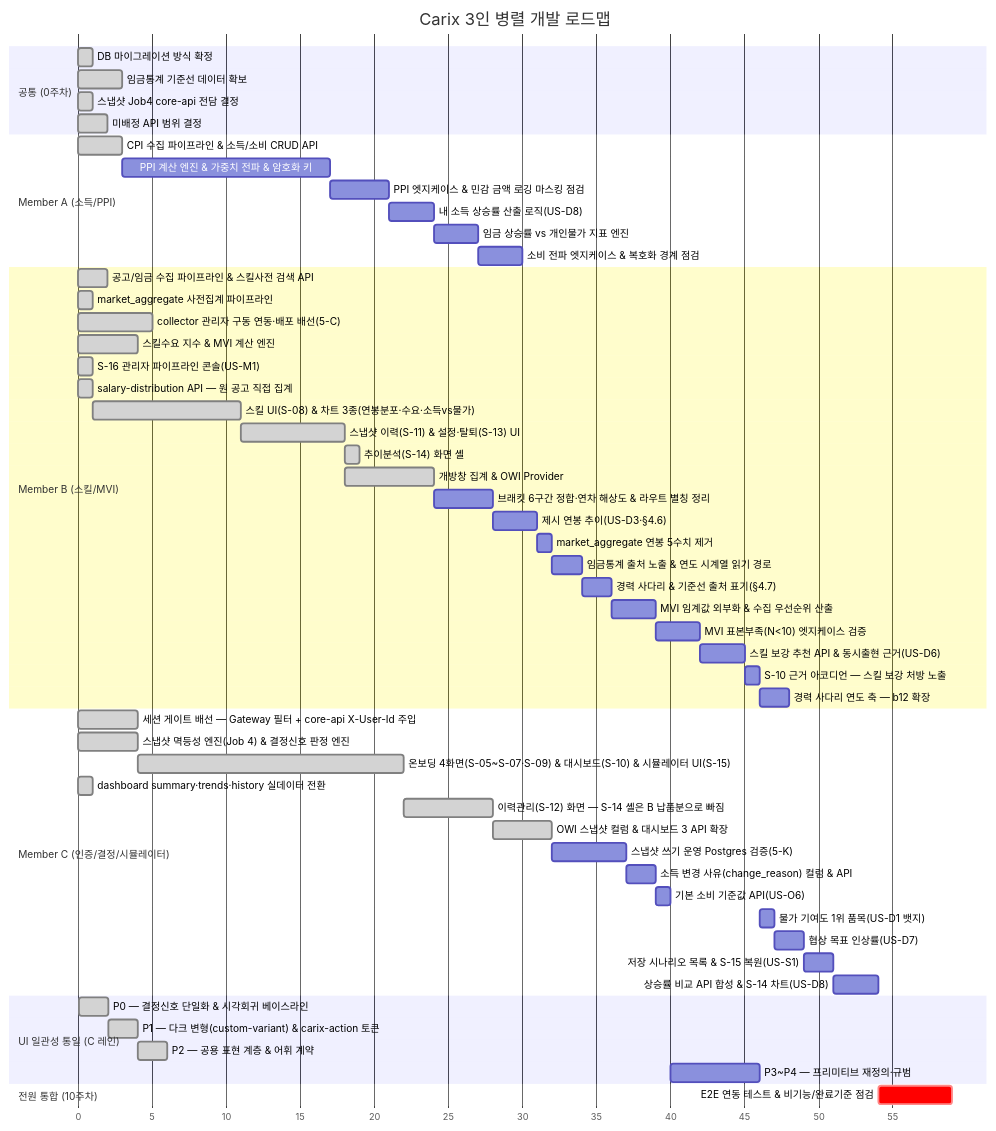
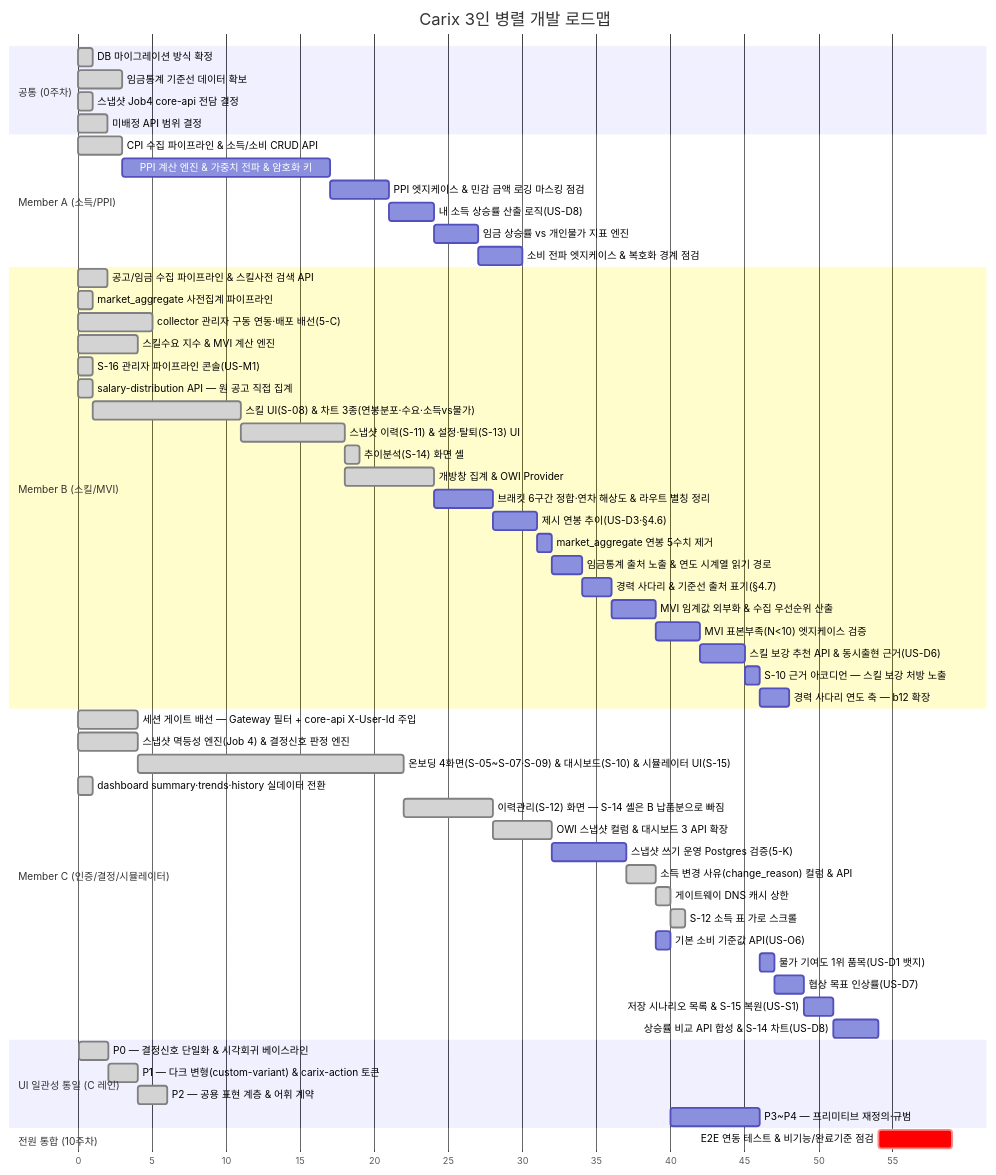
The first of 2 diagrams in docs/plans/carix-dev-plan.md (SeoHyeokGyu/Carix), drawn with Mermaid before and after one commit. The commit also changed other lines of this file, not shown here.

Commit message:
docs: C 레인에 계획에 없던 작업 둘을 넣고 c10 을 완료로 바꾼다
c10(소득 변경 사유)은 머지·배포를 마쳤다.

c7·c13 은 c10 을 운영에서 점검하다 나온 작업이다. 둘 다 계획에 없었다.

- c7 게이트웨이 DNS 캐시 상한: c10 배포가 프런트 컨테이너를 재생성하며
  게이트웨이가 옛 IP 를 물어 사이트가 약 8분간 죽었다. Docker 내장 DNS 의
  TTL 600 을 Netty 리졸버가 그대로 지키는 게 원인이다.
- c13 S-12 소득 표 가로 스크롤: c10 이 더한 다섯 번째 열이 375px·320px 에서
  글자 단위로 짜부라졌다.

번호는 비어 있던 c7·c13 을 썼다. c5 선행 관계는 손대지 않았다.

````diff
--- a/docs/plans/carix-dev-plan.md
+++ b/docs/plans/carix-dev-plan.md
@@ -89,60 +89,62 @@
 ```mermaid
 gantt
     title Carix 3인 병렬 개발 로드맵
     dateFormat X
     axisFormat %s
     section 공통 (0주차)
     DB 마이그레이션 방식 확정 :done, c0a, 0, 1s
     임금통계 기준선 데이터 확보 :done, a0, 3, 3s
     스냅샷 Job4 core-api 전담 결정 :done, i0, 7, 1s
     미배정 API 범위 결정 :done, c0, 7, 2s
     section Member A (소득/PPI)
     CPI 수집 파이프라인 & 소득/소비 CRUD API :done, a1, 12, 3s
     PPI 계산 엔진 & 가중치 전파 & 암호화 키 :a2, after a1, 14s
     PPI 엣지케이스 & 민감 금액 로깅 마스킹 점검 :a7, after a2, 4s
     내 소득 상승률 산출 로직(US-D8) :a9, after a7, 3s
     임금 상승률 vs 개인물가 지표 엔진 :a10, after a9, 3s
     소비 전파 엣지케이스 & 복호화 경계 점검 :a12, after a10, 3s
     section Member B (스킬/MVI)
     공고/임금 수집 파이프라인 & 스킬사전 검색 API :done, b1, 2, 2s
     market_aggregate 사전집계 파이프라인 :done, b2a, 3, 1s
     collector 관리자 구동 연동·배포 배선(5-C) :done, b0, 7, 5s
     스킬수요 지수 & MVI 계산 엔진 :done, b2, 8, 4s
     S-16 관리자 파이프라인 콘솔(US-M1) :done, b16, 14, 1s
     salary-distribution API — 원 공고 직접 집계 :done, b3a, 15, 1s
     스킬 UI(S-08) & 차트 3종(연봉분포·수요·소득vs물가) :done, b3, after b3a, 10s
     스냅샷 이력(S-11) & 설정·탈퇴(S-13) UI :done, b4, after b3, 7s
     추이분석(S-14) 화면 셸 :done, b4a, after b4, 1s
     개방창 집계 & OWI Provider :done, b6, after b4, 6s
     브래킷 6구간 정합·연차 해상도 & 라우트 별칭 정리 :b7, after b6, 4s
     제시 연봉 추이(US-D3·§4.6) :b10, after b7, 3s
     market_aggregate 연봉 5수치 제거 :b11, after b10, 1s
     임금통계 출처 노출 & 연도 시계열 읽기 경로 :b13, after b11, 2s
     경력 사다리 & 기준선 출처 표기(§4.7) :b12, after b13, 2s
     MVI 임계값 외부화 & 수집 우선순위 산출 :b8, after b12, 3s
     MVI 표본부족(N<10) 엣지케이스 검증 :b8a, after b8, 3s
     스킬 보강 추천 API & 동시출현 근거(US-D6) :b9, after b8a, 3s
     S-10 근거 아코디언 — 스킬 보강 처방 노출 :b15, after b9, 1s
     경력 사다리 연도 축 — b12 확장 :b14, after b15, 2s
     section Member C (인증/결정/시뮬레이터)
     세션 게이트 배선 — Gateway 필터 + core-api X-User-Id 주입 :done, c0b, 7, 4s
     스냅샷 멱등성 엔진(Job 4) & 결정신호 판정 엔진 :done, c2, 8, 4s
     온보딩 4화면(S-05~S-07·S-09) & 대시보드(S-10) & 시뮬레이터 UI(S-15) :done, c3, after c2, 18s
     dashboard summary·trends·history 실데이터 전환 :done, c4a, 15, 1s
     이력관리(S-12) 화면 — S-14 셸은 B 납품분으로 빠짐 :done, c4, after c3, 6s
     OWI 스냅샷 컬럼 & 대시보드 3 API 확장 :done, c6, after c4, 4s
     스냅샷 쓰기 운영 Postgres 검증(5-K) :c5, after c6, 5s
-    소득 변경 사유(change_reason) 컬럼 & API :c10, after c5, 2s
+    소득 변경 사유(change_reason) 컬럼 & API :done, c10, after c5, 2s
+    게이트웨이 DNS 캐시 상한 :done, c7, after c10, 1s
+    S-12 소득 표 가로 스크롤 :done, c13, after c7, 1s
     기본 소비 기준값 API(US-O6) :c11, after c10, 1s
     물가 기여도 1위 품목(US-D1 뱃지) :c12, after ui3, 1s
     협상 목표 인상률(US-D7) :c8, after c12, 2s
     저장 시나리오 목록 & S-15 복원(US-S1) :c9, after c8, 2s
     상승률 비교 API 합성 & S-14 차트(US-D8) :c14, after c9 a9 a10 b13, 3s
     section UI 일관성 통일 (C 레인)
     P0 — 결정신호 단일화 & 시각회귀 베이스라인 :done, ui0, 33, 2s
     P1 — 다크 변형(custom-variant) & carix-action 토큰 :done, ui1, after ui0, 2s
     P2 — 공용 표현 계층 & 어휘 계약 :done, ui2, after ui1, 2s
     P3~P4 — 프리미티브 재정의·규범 :ui3, after c11, 6s
     section 전원 통합 (10주차)
     E2E 연동 테스트 & 비기능/완료기준 점검 :crit, e2e, after a12 b14 c14, 5s
 ```
````
